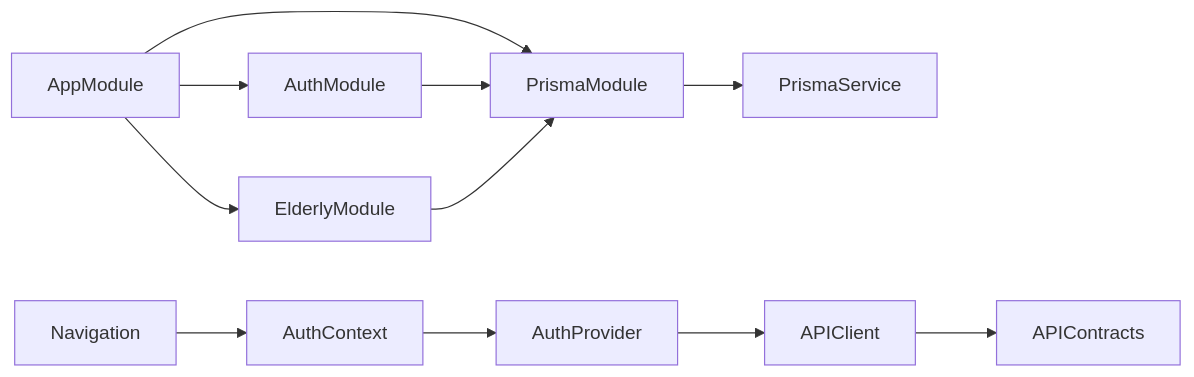
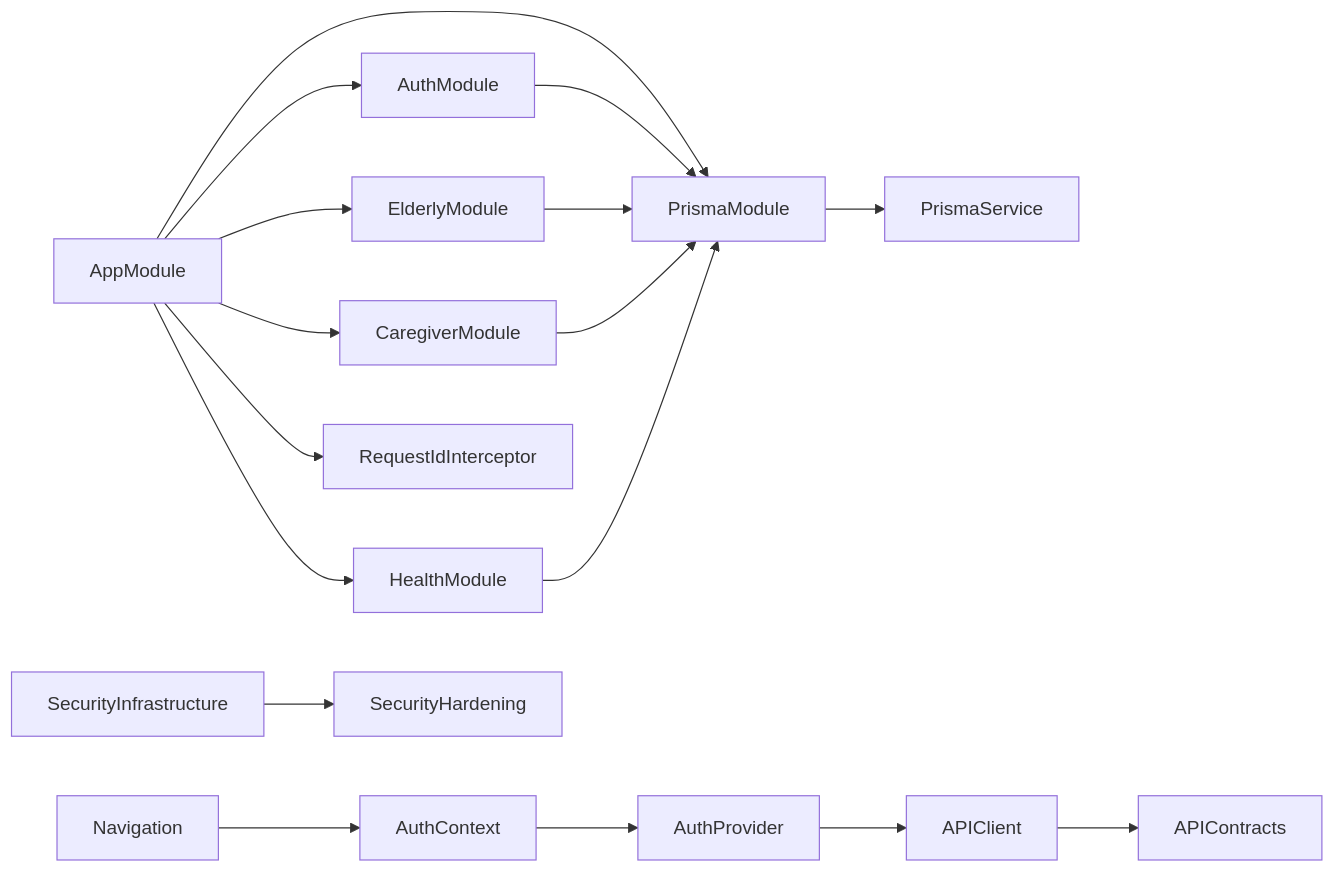
One commit to jairosouza67/99-Pai changed diagram 18 of 18 in .qoder/repowiki/en/content/Testing & Deployment.md. Above: the diagram before and after it, drawn with Mermaid. The commit also changed other lines of this file and 4 other files, not shown here.

Commit message:
docs: update repository wiki metadata and architecture notes

````diff
--- a/.qoder/repowiki/en/content/Testing & Deployment.md
+++ b/.qoder/repowiki/en/content/Testing & Deployment.md
@@ -625,13 +888,19 @@
 ```mermaid
 graph LR
 AppModule --> AuthModule
 AppModule --> ElderlyModule
+AppModule --> CaregiverModule
 AppModule --> PrismaModule
+AppModule --> HealthModule
+AppModule --> RequestIdInterceptor
 AuthModule --> PrismaModule
 ElderlyModule --> PrismaModule
+CaregiverModule --> PrismaModule
+HealthModule --> PrismaModule
 PrismaModule --> PrismaService
 AuthContext --> AuthProvider
 AuthProvider --> APIClient
 APIClient --> APIContracts
 Navigation --> AuthContext
+SecurityInfrastructure --> SecurityHardening
 ```
````
